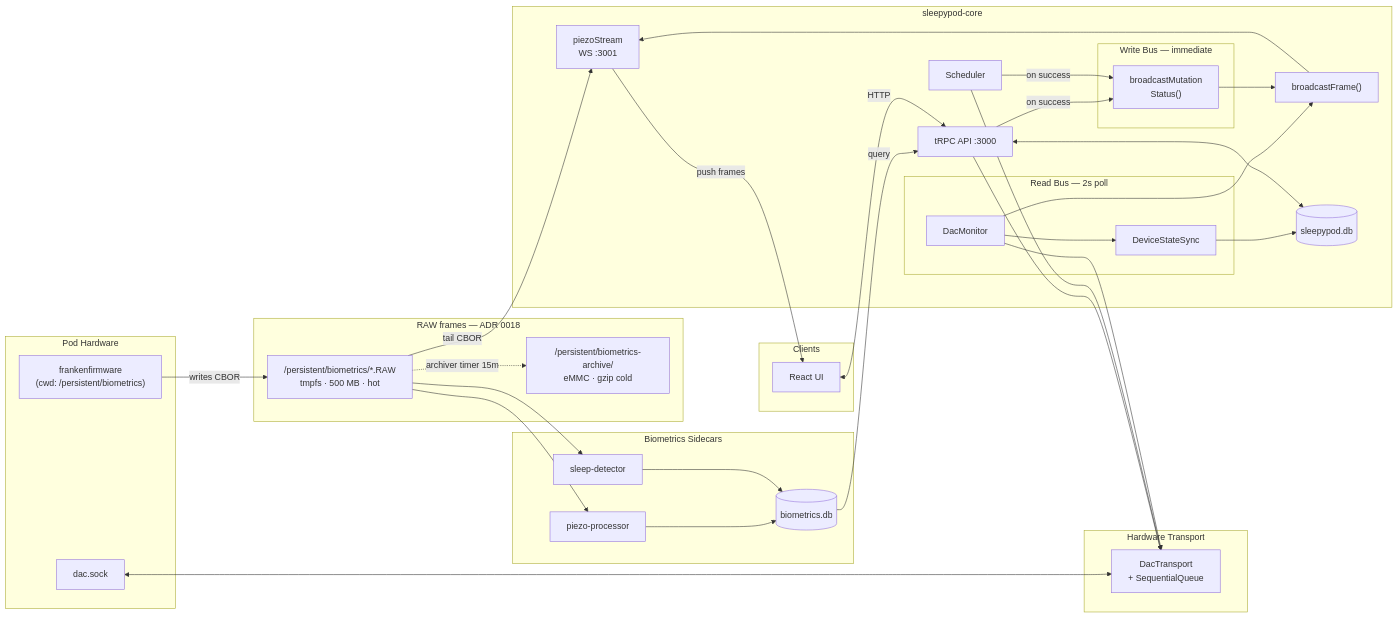
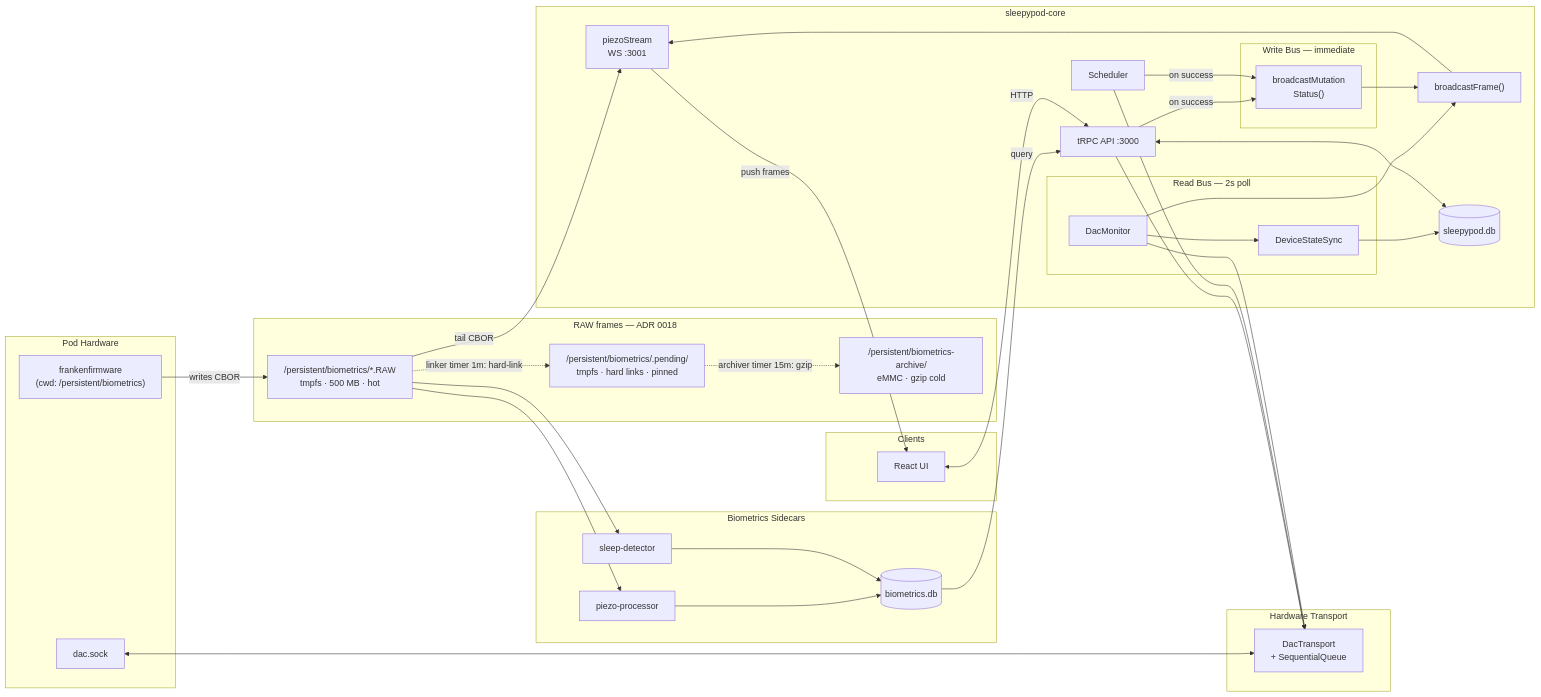
One commit to SFenton/sleepypod-core changed the third of 8 diagrams in README.md. Above: the diagram before and after it, drawn with Mermaid. The commit also changed other lines of this file and 11 other files, not shown here.

````diff
--- a/README.md
+++ b/README.md
@@ -244,77 +244,79 @@
 ```mermaid
 graph LR
     subgraph HW ["Pod Hardware"]
         DAC["dac.sock"]
         FRANK["frankenfirmware<br/>(cwd: /persistent/biometrics)"]
     end
 
     subgraph RAWFS ["RAW frames — ADR 0018"]
         TMPFS["/persistent/biometrics/*.RAW<br/>tmpfs · 500 MB · hot"]
         ARCH["/persistent/biometrics-archive/<br/>eMMC · gzip cold"]
-        TMPFS -. "archiver timer 15m" .-> ARCH
+        PEND["/persistent/biometrics/.pending/<br/>tmpfs · hard links · pinned"]
+        TMPFS -. "linker timer 1m: hard-link" .-> PEND
+        PEND -. "archiver timer 15m: gzip" .-> ARCH
     end
 
     subgraph TRANSPORT ["Hardware Transport"]
         DT["DacTransport<br/>+ SequentialQueue"]
     end
 
     subgraph SIDECARS ["Biometrics Sidecars"]
         PP["piezo-processor"]
         SD["sleep-detector"]
         BIODB[("biometrics.db")]
     end
 
     subgraph CORE ["sleepypod-core"]
         subgraph READBUS ["Read Bus — 2s poll"]
             DM["DacMonitor"]
             SYNC["DeviceStateSync"]
         end
 
         subgraph WRITEBUS ["Write Bus — immediate"]
             BMS["broadcastMutation<br/>Status()"]
         end
 
         API["tRPC API :3000"]
         SCHED["Scheduler"]
         BF["broadcastFrame()"]
         WS["piezoStream<br/>WS :3001"]
         DB[("sleepypod.db")]
     end
 
     subgraph CLIENTS ["Clients"]
         UI["React UI"]
     end
 
     %% Hardware transport — single serialization point
     DAC <--> DT
     API --> DT
     SCHED --> DT
     DM --> DT
 
     %% Read bus
     DM --> SYNC
     SYNC --> DB
     DM --> BF
 
     %% Write bus
     API -->|on success| BMS
     SCHED -->|on success| BMS
     BMS --> BF
 
     %% RAW pipeline — firmware writes hot tmpfs, archiver rolls cold to eMMC
     FRANK -->|writes CBOR| TMPFS
 
     %% WebSocket delivery
     BF --> WS
     TMPFS -->|tail CBOR| WS
     WS -->|push frames| UI
 
     %% Biometrics pipeline
     TMPFS --> PP & SD
     PP & SD --> BIODB
     BIODB -->|query| API
 
     %% App layer
     API <--> DB
     UI <-->|HTTP| API
 ```
````
